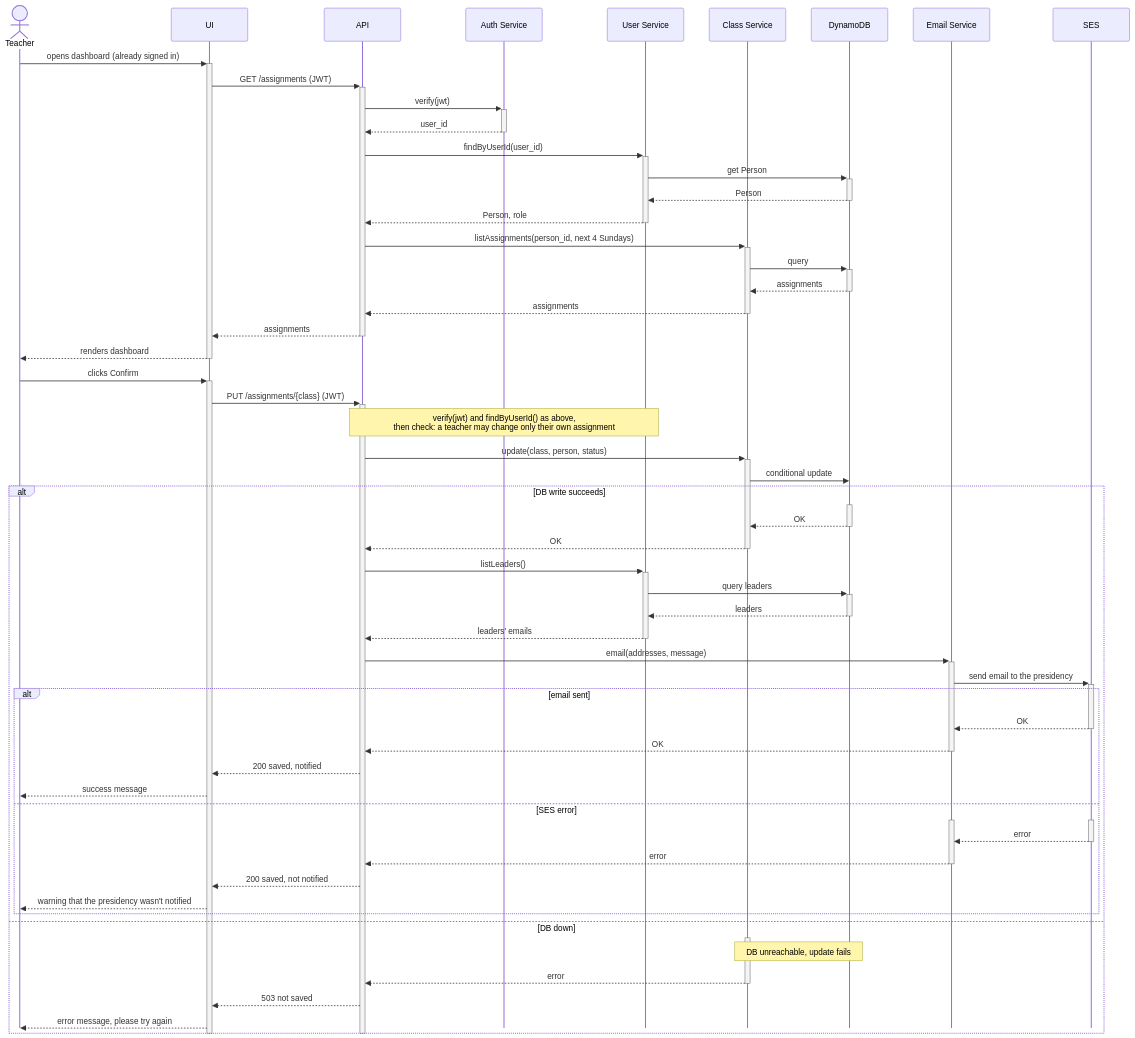
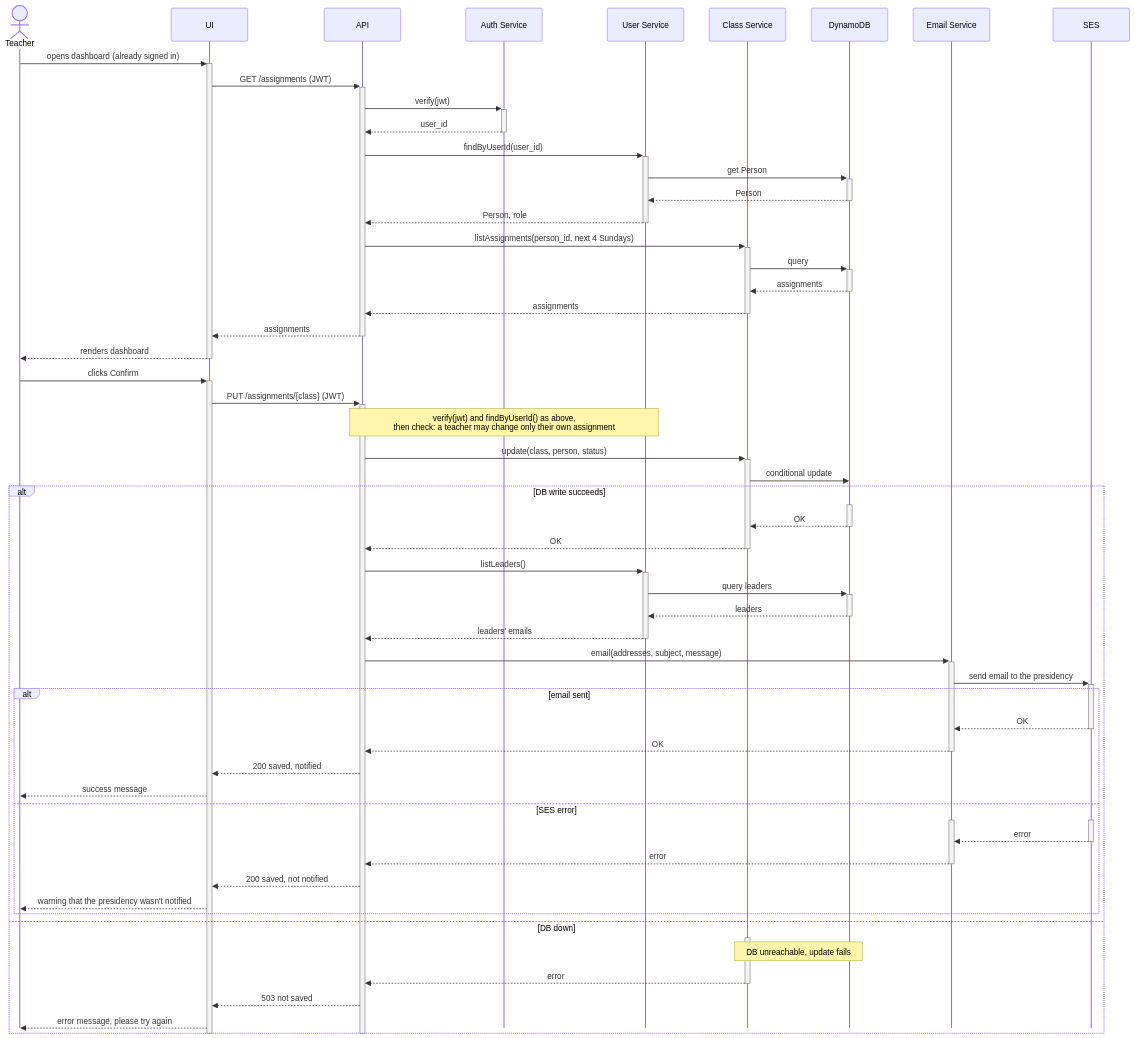
The third of 4 diagrams in docs/design.md (Sunday-School-Software/Sunday-School-Scheduler), drawn with Mermaid before and after one commit. The commit also changed other lines of this file and 11 other files, not shown here.

````diff
--- a/docs/design.md
+++ b/docs/design.md
@@ -159,70 +160,70 @@
 ```mermaid
 ---
 config:
   sequence:
     mirrorActors: false
   themeCSS: "line[name='T'] { display: none; }"
 ---
 sequenceDiagram
     actor T as Teacher
     participant UI
     participant API
     participant Auth as Auth Service
     participant User as User Service
     participant Class as Class Service
     participant DB as DynamoDB
     participant Email as Email Service
     participant SES
 
     T->>+UI: opens dashboard (already signed in)
     UI->>+API: GET /assignments (JWT)
     API->>+Auth: verify(jwt)
     Auth-->>-API: user_id
     API->>+User: findByUserId(user_id)
     User->>+DB: get Person
     DB-->>-User: Person
     User-->>-API: Person, role
     API->>+Class: listAssignments(person_id, next 4 Sundays)
     Class->>+DB: query
     DB-->>-Class: assignments
     Class-->>-API: assignments
     API-->>-UI: assignments
     UI-->>-T: renders dashboard
     T->>+UI: clicks Confirm
     UI->>+API: PUT /assignments/{class} (JWT)
     Note over API,User: verify(jwt) and findByUserId() as above,<br/>then check: a teacher may change only their own assignment
     API->>+Class: update(class, person, status)
     Class->>DB: conditional update
     alt DB write succeeds
         activate DB
         DB-->>-Class: OK
         Class-->>-API: OK
         API->>+User: listLeaders()
         User->>+DB: query leaders
         DB-->>-User: leaders
         User-->>-API: leaders' emails
-        API->>+Email: email(addresses, message)
+        API->>+Email: email(addresses, subject, message)
         Email->>+SES: send email to the presidency
         alt email sent
             SES-->>-Email: OK
             Email-->>-API: OK
             API-->>UI: 200 saved, notified
             UI-->>T: success message
         else SES error
             activate SES
             activate Email
             SES-->>-Email: error
             Email-->>-API: error
             API-->>UI: 200 saved, not notified
             UI-->>T: warning that the presidency wasn't notified
         end
     else DB down
         activate Class
         Note over Class,DB: DB unreachable, update fails
         Class-->>-API: error
         API-->>UI: 503 not saved
         UI-->>T: error message, please try again
     end
     deactivate API
     deactivate UI
 ```
````
